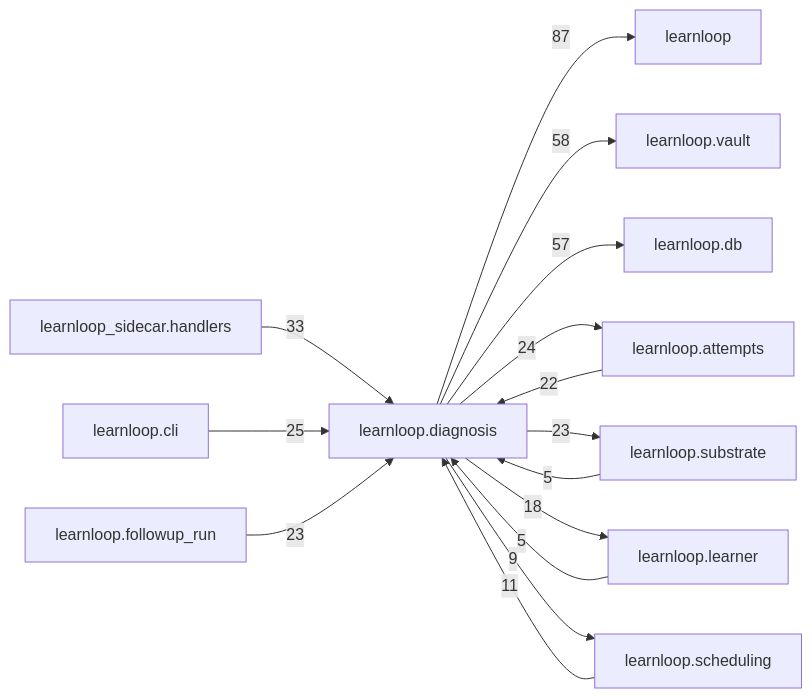
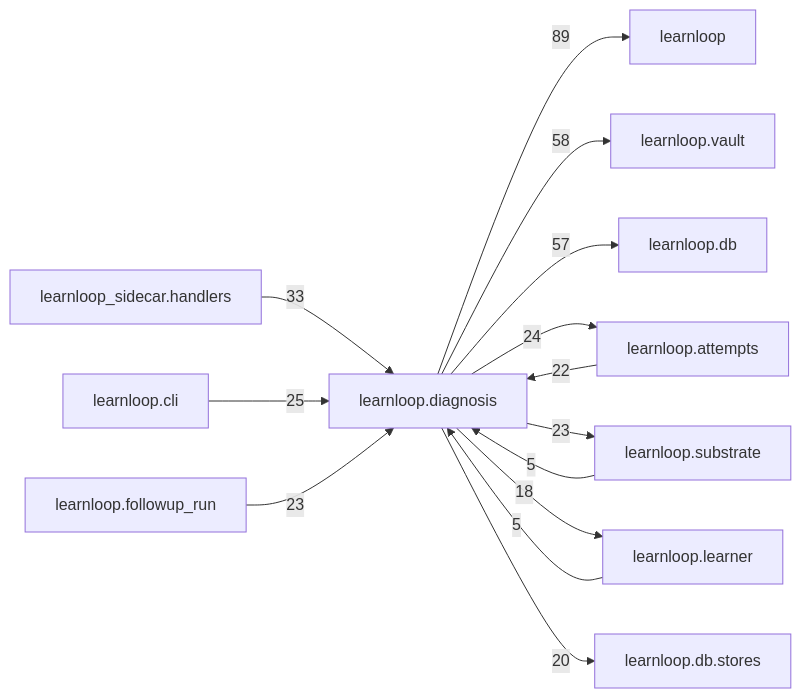
Before and after one commit to 6up-b/learnanything: the diagram in docs/learnloop-architecture-vault/Reference/Modules/learnloop/diagnosis/_package.md, drawn with Mermaid. The commit also changed other lines of this file and 30 other files, not shown here.

````diff
--- a/docs/learnloop-architecture-vault/Reference/Modules/learnloop/diagnosis/_package.md
+++ b/docs/learnloop-architecture-vault/Reference/Modules/learnloop/diagnosis/_package.md
@@ -256,28 +257,27 @@
 ```mermaid
 flowchart LR
     center["learnloop.diagnosis"]
     n_learnloop["learnloop"]
     n_learnloop_vault["learnloop.vault"]
     n_learnloop_db["learnloop.db"]
     n_learnloop_attempts["learnloop.attempts"]
     n_learnloop_sidecar_handlers["learnloop_sidecar.handlers"]
     n_learnloop_substrate["learnloop.substrate"]
     n_learnloop_cli["learnloop.cli"]
     n_learnloop_followup_run["learnloop.followup_run"]
     n_learnloop_learner["learnloop.learner"]
-    n_learnloop_scheduling["learnloop.scheduling"]
-    center -->|87| n_learnloop
+    n_learnloop_db_stores["learnloop.db.stores"]
+    center -->|89| n_learnloop
     center -->|58| n_learnloop_vault
     center -->|57| n_learnloop_db
     n_learnloop_attempts -->|22| center
     center -->|24| n_learnloop_attempts
     n_learnloop_sidecar_handlers -->|33| center
     n_learnloop_substrate -->|5| center
     center -->|23| n_learnloop_substrate
     n_learnloop_cli -->|25| center
     n_learnloop_followup_run -->|23| center
     n_learnloop_learner -->|5| center
     center -->|18| n_learnloop_learner
-    n_learnloop_scheduling -->|11| center
-    center -->|9| n_learnloop_scheduling
+    center -->|20| n_learnloop_db_stores
 ```
````
